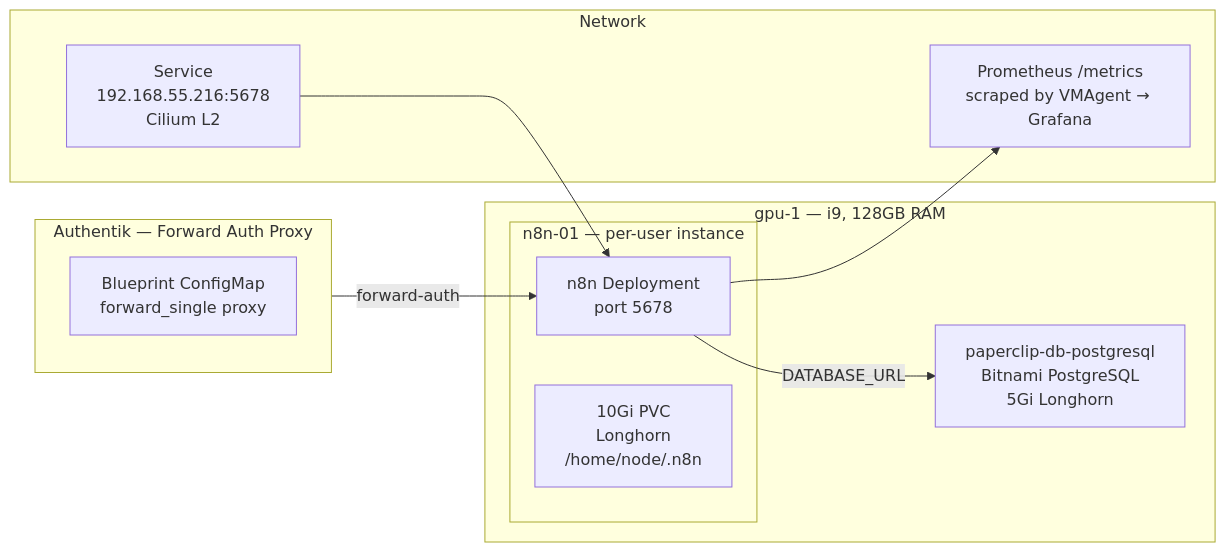
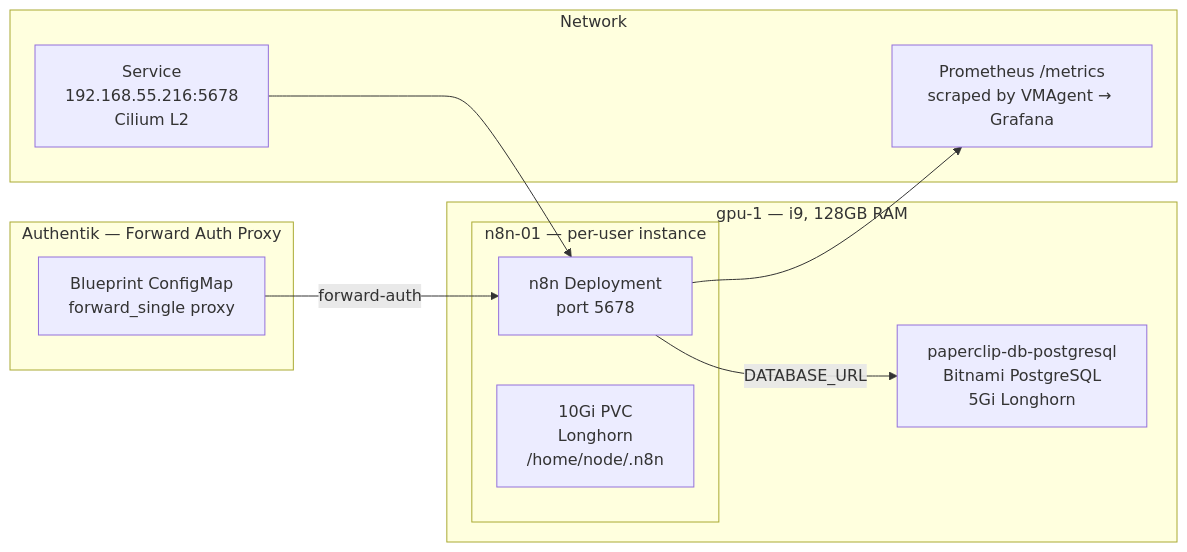
One commit to derio-net/frank changed the diagram in blog/content/docs/building/20-workflow-automation/index.md. Above: the diagram before and after it, drawn with Mermaid. The commit also changed other lines of this file and 52 other files, not shown here.

````diff
--- a/blog/content/docs/building/20-workflow-automation/index.md
+++ b/blog/content/docs/building/20-workflow-automation/index.md
@@ -19,22 +19,22 @@
 ```mermaid
 flowchart LR
   subgraph Authentik[Authentik — Forward Auth Proxy]
     BP[Blueprint ConfigMap<br/>forward_single proxy]
   end
   subgraph GPU1[gpu-1 — i9, 128GB RAM]
     subgraph n8nInstance[n8n-01 — per-user instance]
       n8n[n8n Deployment<br/>port 5678]
       PVC[10Gi PVC<br/>Longhorn<br/>/home/node/.n8n]
     end
     DB[paperclip-db-postgresql<br/>Bitnami PostgreSQL<br/>5Gi Longhorn]
   end
   subgraph Network
     LB[Service<br/>192.168.55.216:5678<br/>Cilium L2]
     Metrics[Prometheus /metrics<br/>scraped by VMAgent → Grafana]
   end
 
-  Authentik -->|forward-auth| n8n
+  BP -->|forward-auth| n8n
   n8n -->|DATABASE_URL| DB
   n8n --> Metrics
   LB --> n8n
 ```
````
